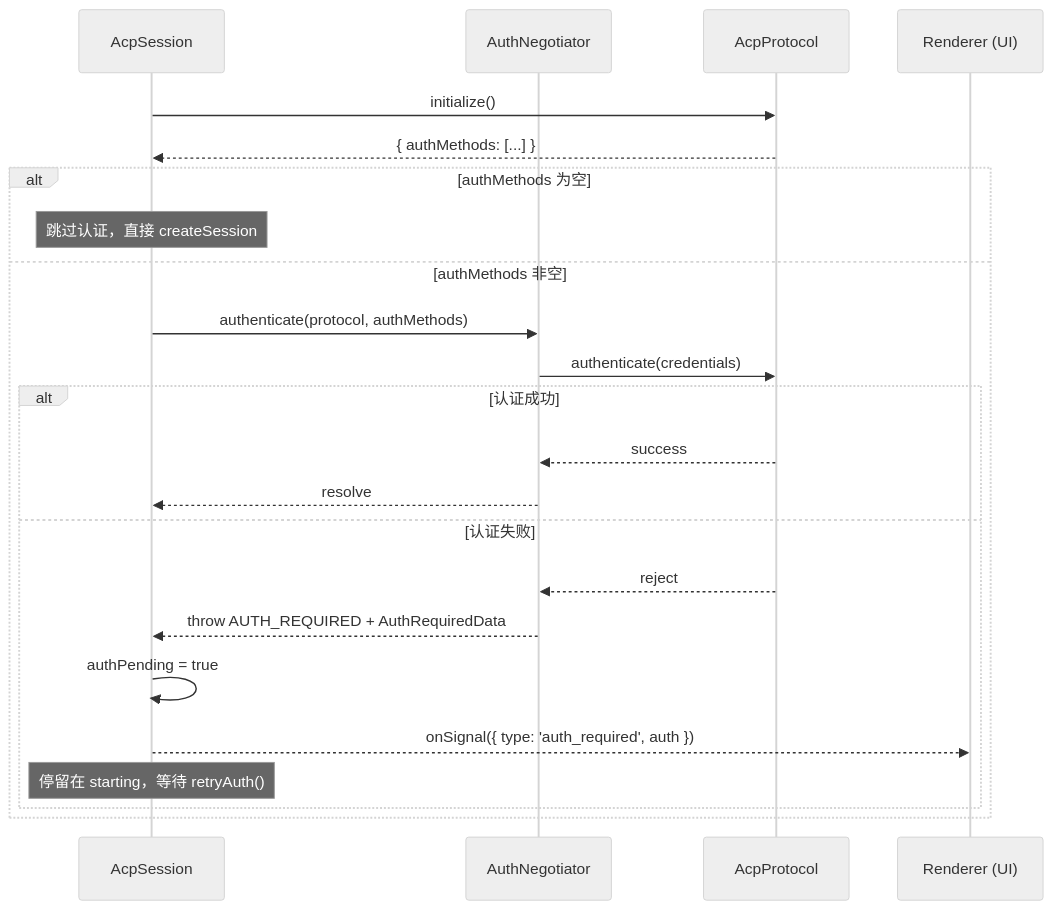
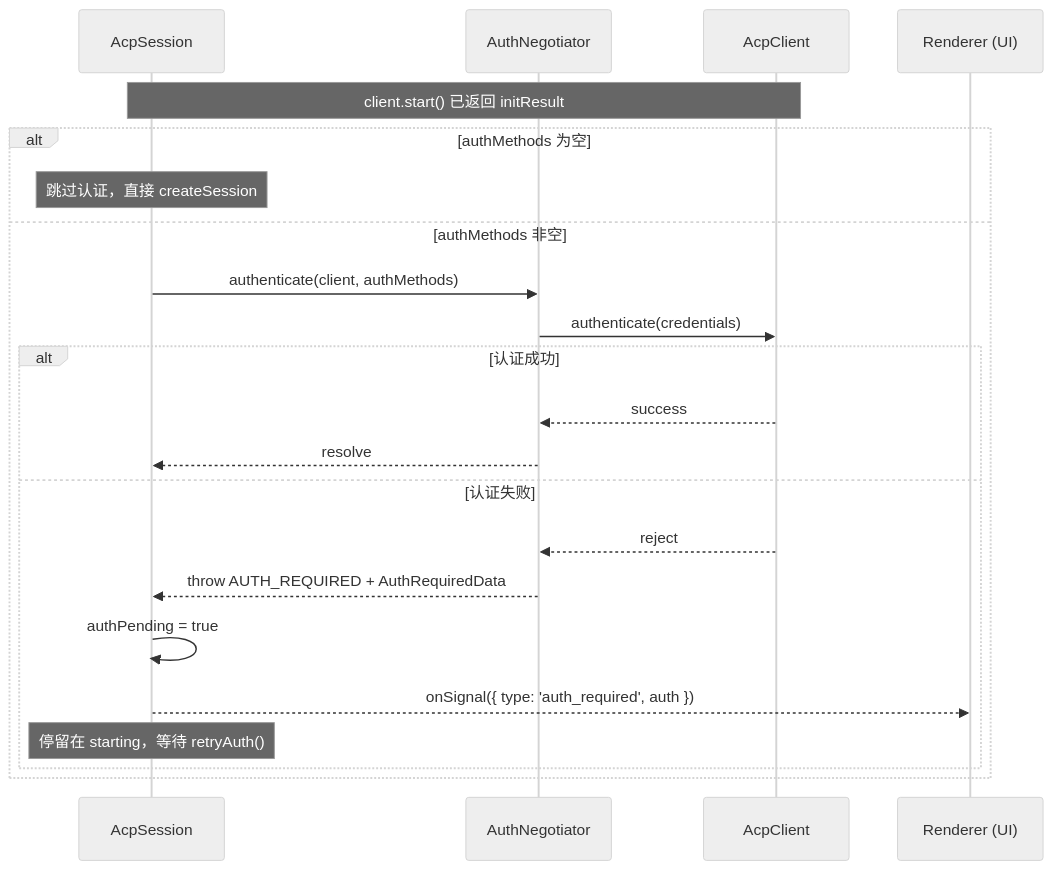
One commit to iOfficeAI/AionUi changed the sixth of 7 diagrams in docs/feature/acp-rewrite/03-architecture-design.md. Above: the diagram before and after it, drawn with Mermaid (neutral theme). The commit also changed other lines of this file and 22 other files, not shown here.

First line of the commit message:
refactor(acp): replace Connector+Protocol with AcpClient single-owner pattern

````diff
--- a/docs/feature/acp-rewrite/03-architecture-design.md
+++ b/docs/feature/acp-rewrite/03-architecture-design.md
@@ -869,27 +870,26 @@
 ```mermaid
 sequenceDiagram
     participant S as AcpSession
     participant AH as AuthNegotiator
-    participant P as AcpProtocol
+    participant CL as AcpClient
     participant UI as Renderer (UI)
 
-    S->>P: initialize()
-    P-->>S: { authMethods: [...] }
+    Note over S,CL: client.start() 已返回 initResult
 
     alt authMethods 为空
         Note over S: 跳过认证，直接 createSession
     else authMethods 非空
-        S->>AH: authenticate(protocol, authMethods)
-        AH->>P: authenticate(credentials)
+        S->>AH: authenticate(client, authMethods)
+        AH->>CL: authenticate(credentials)
         alt 认证成功
-            P-->>AH: success
+            CL-->>AH: success
             AH-->>S: resolve
         else 认证失败
-            P-->>AH: reject
+            CL-->>AH: reject
             AH-->>S: throw AUTH_REQUIRED + AuthRequiredData
             S->>S: authPending = true
             S-->>UI: onSignal({ type: 'auth_required', auth })
             Note over S: 停留在 starting，等待 retryAuth()
         end
     end
 ```
````
